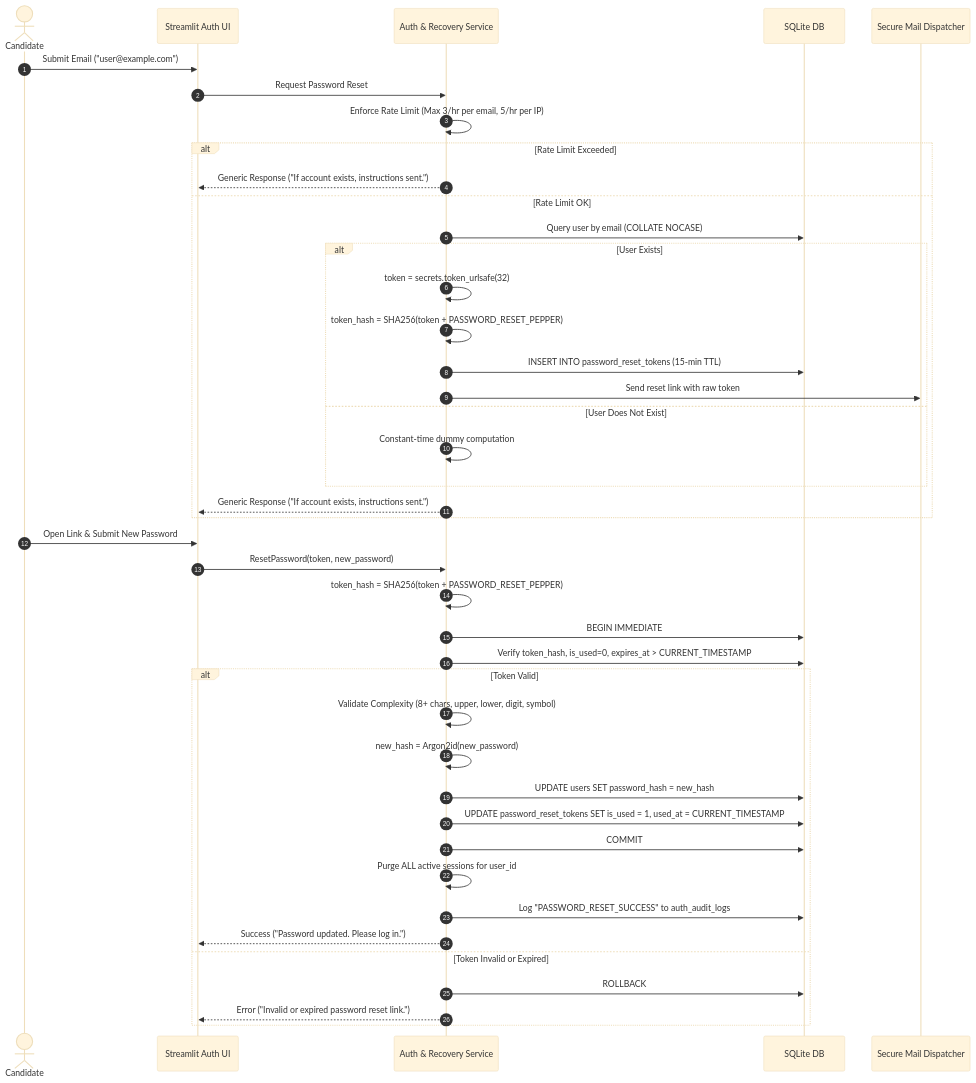
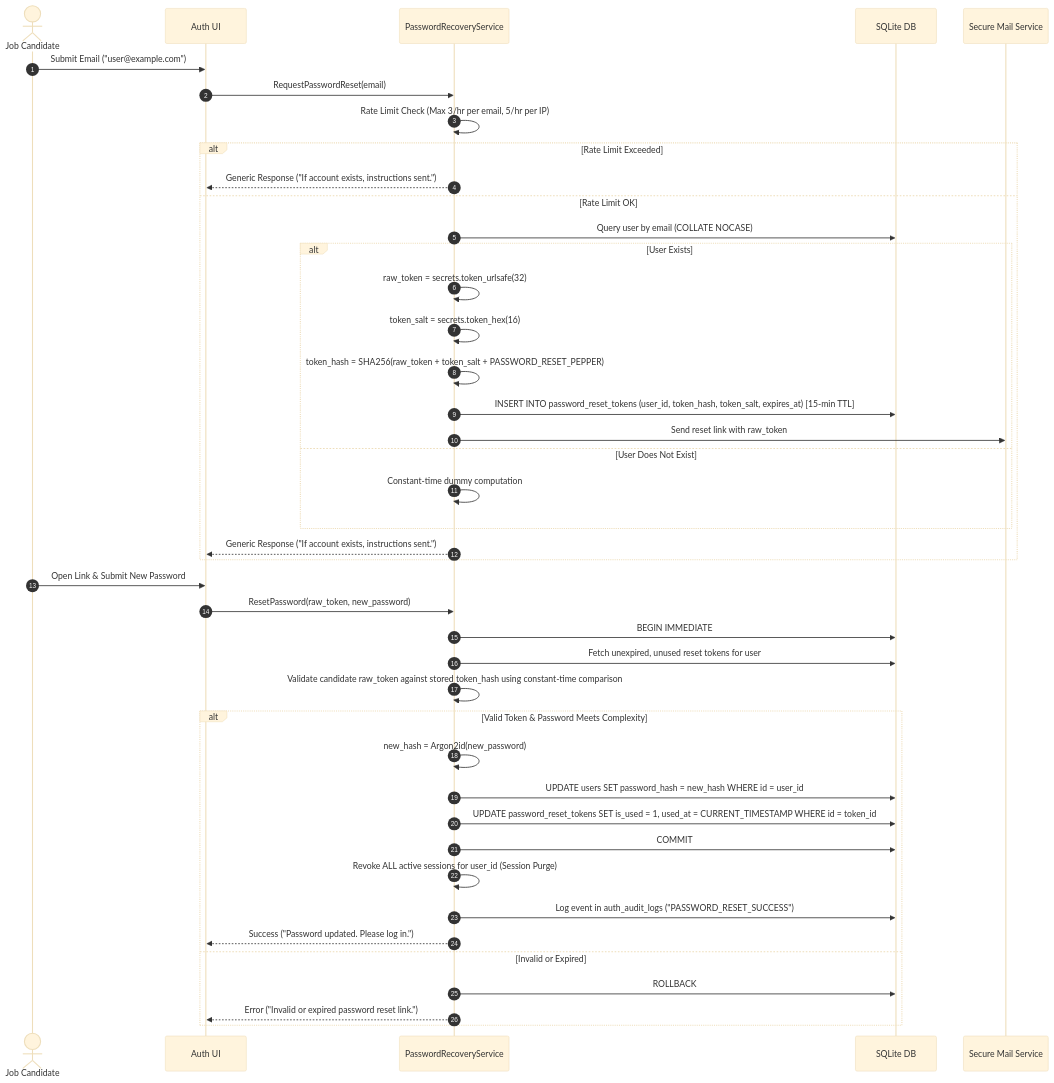
One commit to pranayagrawal2116/AI_Job_Application_Assistant changed the fourth of 5 diagrams in docs/UNIVERSAL_ARCHITECTURE_SPECIFICATION.md. Above: the diagram before and after it, drawn with Mermaid (base theme). The commit also changed other lines of this file and 3 other files, not shown here.

Commit message:
docs: refine v2.1 architecture security and database integrity

````diff
--- a/docs/UNIVERSAL_ARCHITECTURE_SPECIFICATION.md
+++ b/docs/UNIVERSAL_ARCHITECTURE_SPECIFICATION.md
@@ -760,46 +765,46 @@
 ```mermaid
 sequenceDiagram
     autonumber
-    actor User as Candidate
-    participant UI as Streamlit Auth UI
-    participant Service as Auth & Recovery Service
+    actor Candidate as Job Candidate
+    participant UI as Auth UI
+    participant Service as PasswordRecoveryService
     participant DB as SQLite DB
-    participant Mail as Secure Mail Dispatcher
+    participant Mail as Secure Mail Service
 
-    User->>UI: Submit Email ("user@example.com")
-    UI->>Service: Request Password Reset
-    Service->>Service: Enforce Rate Limit (Max 3/hr per email, 5/hr per IP)
+    Candidate->>UI: Submit Email ("user@example.com")
+    UI->>Service: RequestPasswordReset(email)
+    Service->>Service: Rate Limit Check (Max 3/hr per email, 5/hr per IP)
     alt Rate Limit Exceeded
         Service-->>UI: Generic Response ("If account exists, instructions sent.")
     else Rate Limit OK
         Service->>DB: Query user by email (COLLATE NOCASE)
         alt User Exists
-            Service->>Service: token = secrets.token_urlsafe(32)
-            Service->>Service: token_hash = SHA256(token + PASSWORD_RESET_PEPPER)
-            Service->>DB: INSERT INTO password_reset_tokens (15-min TTL)
-            Service->>Mail: Send reset link with raw token
+            Service->>Service: raw_token = secrets.token_urlsafe(32)
+            Service->>Service: token_salt = secrets.token_hex(16)
+            Service->>Service: token_hash = SHA256(raw_token + token_salt + PASSWORD_RESET_PEPPER)
+            Service->>DB: INSERT INTO password_reset_tokens (user_id, token_hash, token_salt, expires_at) [15-min TTL]
+            Service->>Mail: Send reset link with raw_token
         else User Does Not Exist
             Service->>Service: Constant-time dummy computation
         end
         Service-->>UI: Generic Response ("If account exists, instructions sent.")
     end
 
-    User->>UI: Open Link & Submit New Password
-    UI->>Service: ResetPassword(token, new_password)
-    Service->>Service: token_hash = SHA256(token + PASSWORD_RESET_PEPPER)
+    Candidate->>UI: Open Link & Submit New Password
+    UI->>Service: ResetPassword(raw_token, new_password)
     Service->>DB: BEGIN IMMEDIATE
-    Service->>DB: Verify token_hash, is_used=0, expires_at > CURRENT_TIMESTAMP
-    alt Token Valid
-        Service->>Service: Validate Complexity (8+ chars, upper, lower, digit, symbol)
+    Service->>DB: Fetch unexpired, unused reset tokens for user
+    Service->>Service: Validate candidate raw_token against stored token_hash using constant-time comparison
+    alt Valid Token & Password Meets Complexity
         Service->>Service: new_hash = Argon2id(new_password)
-        Service->>DB: UPDATE users SET password_hash = new_hash
-        Service->>DB: UPDATE password_reset_tokens SET is_used = 1, used_at = CURRENT_TIMESTAMP
+        Service->>DB: UPDATE users SET password_hash = new_hash WHERE id = user_id
+        Service->>DB: UPDATE password_reset_tokens SET is_used = 1, used_at = CURRENT_TIMESTAMP WHERE id = token_id
         Service->>DB: COMMIT
-        Service->>Service: Purge ALL active sessions for user_id
-        Service->>DB: Log "PASSWORD_RESET_SUCCESS" to auth_audit_logs
+        Service->>Service: Revoke ALL active sessions for user_id (Session Purge)
+        Service->>DB: Log event in auth_audit_logs ("PASSWORD_RESET_SUCCESS")
         Service-->>UI: Success ("Password updated. Please log in.")
-    else Token Invalid or Expired
+    else Invalid or Expired
         Service->>DB: ROLLBACK
         Service-->>UI: Error ("Invalid or expired password reset link.")
     end
 ```
````
